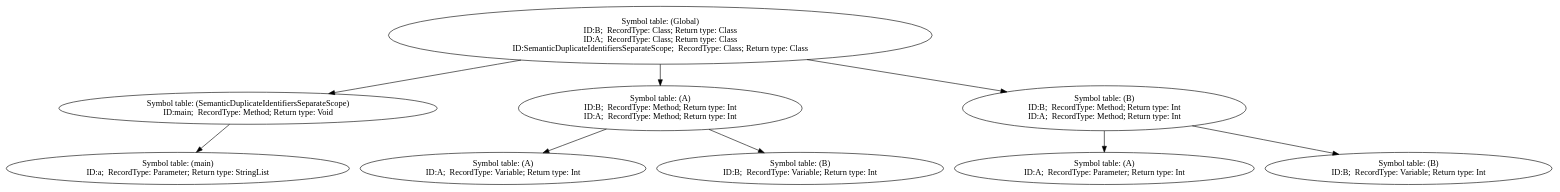
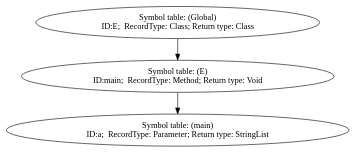
Before and after one commit to MorrisSimons/SCH_DV1655_kompilator: the diagram in symbol_tree.dot, drawn with Graphviz. The commit also changed 47 other files, not shown here.

```diff
--- a/symbol_tree.dot
+++ b/symbol_tree.dot
@@ -1,19 +1,7 @@
 digraph {
-n0 [label="Symbol table: (Global)\nID:B;  RecordType: Class; Return type: Class\nID:A;  RecordType: Class; Return type: Class\nID:SemanticDuplicateIdentifiersSeparateScope;  RecordType: Class; Return type: Class\n"];
-n1 [label="Symbol table: (SemanticDuplicateIdentifiersSeparateScope)\nID:main;  RecordType: Method; Return type: Void\n"];
+n0 [label="Symbol table: (Global)\nID:E;  RecordType: Class; Return type: Class\n"];
+n1 [label="Symbol table: (E)\nID:main;  RecordType: Method; Return type: Void\n"];
 n2 [label="Symbol table: (main)\nID:a;  RecordType: Parameter; Return type: StringList\n"];
 n1 -> n2
 n0 -> n1
-n3 [label="Symbol table: (A)\nID:B;  RecordType: Method; Return type: Int\nID:A;  RecordType: Method; Return type: Int\n"];
-n4 [label="Symbol table: (A)\nID:A;  RecordType: Variable; Return type: Int\n"];
-n3 -> n4
-n5 [label="Symbol table: (B)\nID:B;  RecordType: Variable; Return type: Int\n"];
-n3 -> n5
-n0 -> n3
-n6 [label="Symbol table: (B)\nID:B;  RecordType: Method; Return type: Int\nID:A;  RecordType: Method; Return type: Int\n"];
-n7 [label="Symbol table: (A)\nID:A;  RecordType: Parameter; Return type: Int\n"];
-n6 -> n7
-n8 [label="Symbol table: (B)\nID:B;  RecordType: Variable; Return type: Int\n"];
-n6 -> n8
-n0 -> n6
 }
```
